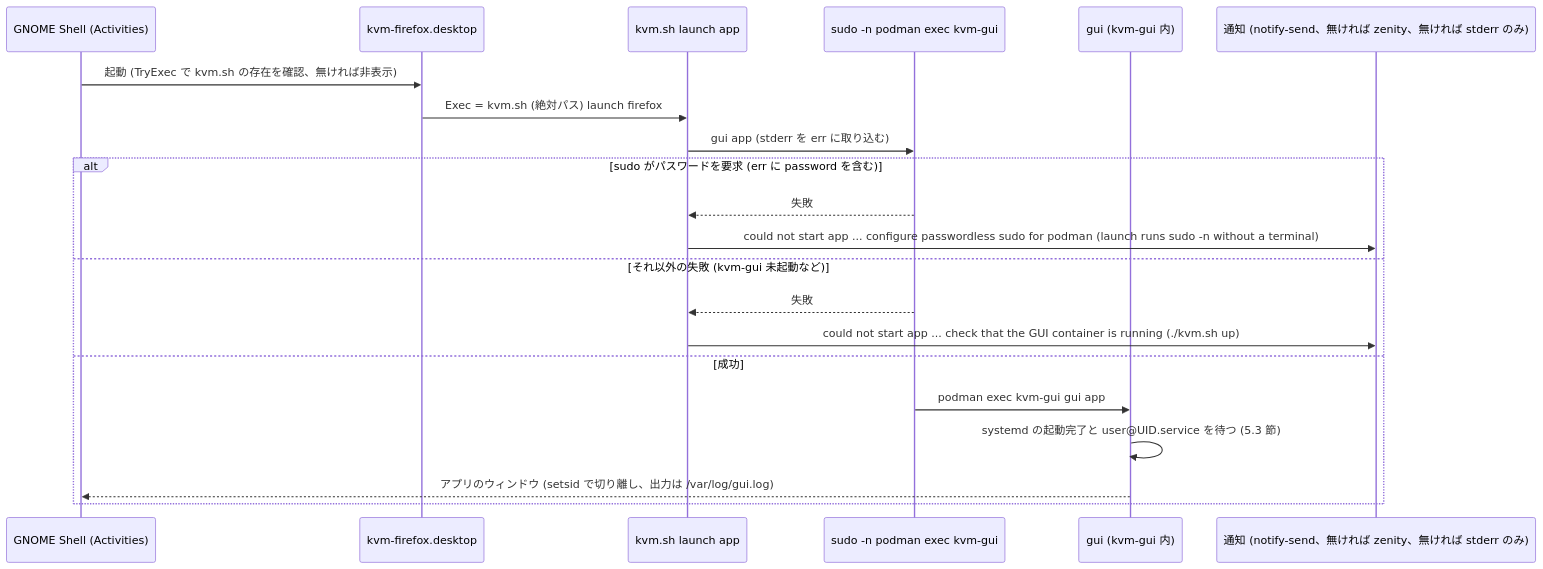
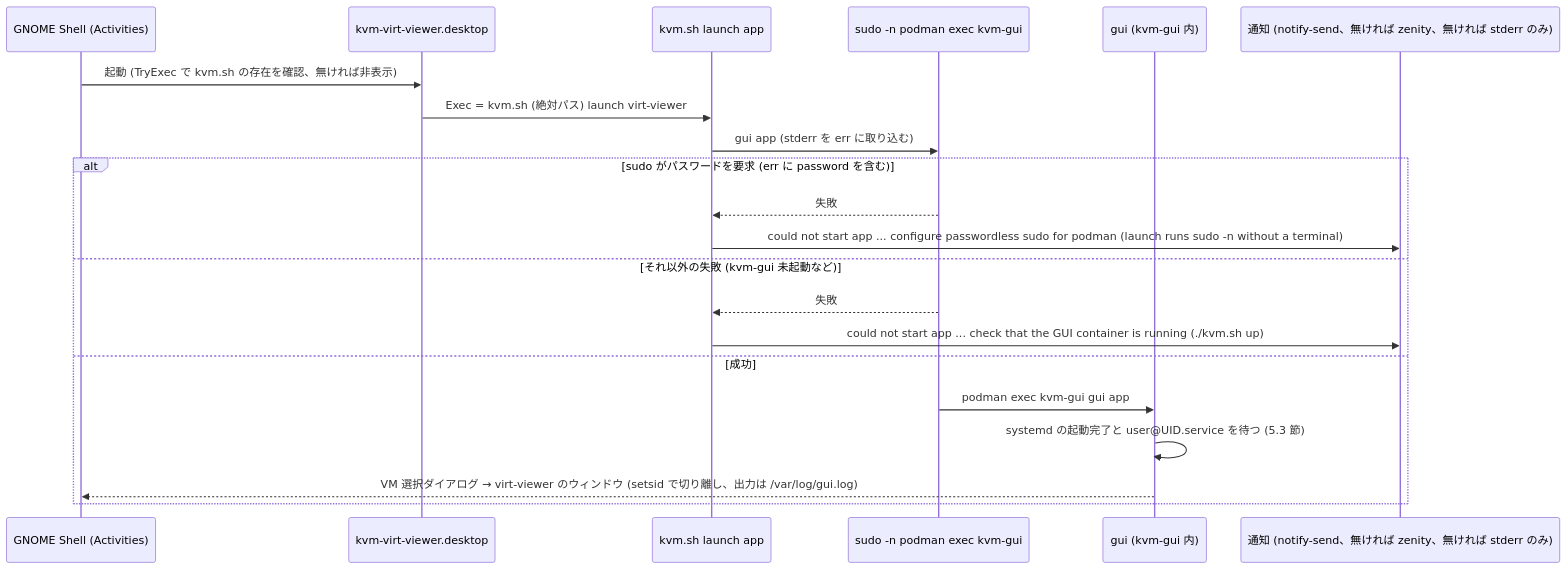
One commit to ryo-aoki-pc/kvm-container changed diagram 13 of 22 in docs/SPEC.md. Above: the diagram before and after it, drawn with Mermaid. The commit also changed other lines of this file and 11 other files, not shown here.

````diff
--- a/docs/SPEC.md
+++ b/docs/SPEC.md
@@ -680,23 +642,23 @@
 ```mermaid
 sequenceDiagram
   participant S as GNOME Shell (Activities)
-  participant D as kvm-firefox.desktop
+  participant D as kvm-virt-viewer.desktop
   participant K as kvm.sh launch app
   participant P as sudo -n podman exec kvm-gui
   participant G as gui (kvm-gui 内)
   participant N as 通知 (notify-send、無ければ zenity、無ければ stderr のみ)
   S->>D: 起動 (TryExec で kvm.sh の存在を確認、無ければ非表示)
-  D->>K: Exec = kvm.sh (絶対パス) launch firefox
+  D->>K: Exec = kvm.sh (絶対パス) launch virt-viewer
   K->>P: gui app (stderr を err に取り込む)
   alt sudo がパスワードを要求 (err に password を含む)
     P-->>K: 失敗
     K->>N: could not start app ... configure passwordless sudo for podman (launch runs sudo -n without a terminal)
   else それ以外の失敗 (kvm-gui 未起動など)
     P-->>K: 失敗
     K->>N: could not start app ... check that the GUI container is running (./kvm.sh up)
   else 成功
     P->>G: podman exec kvm-gui gui app
     G->>G: systemd の起動完了と user@UID.service を待つ (5.3 節)
-    G-->>S: アプリのウィンドウ (setsid で切り離し、出力は /var/log/gui.log)
+    G-->>S: VM 選択ダイアログ → virt-viewer のウィンドウ (setsid で切り離し、出力は /var/log/gui.log)
   end
 ```
````
